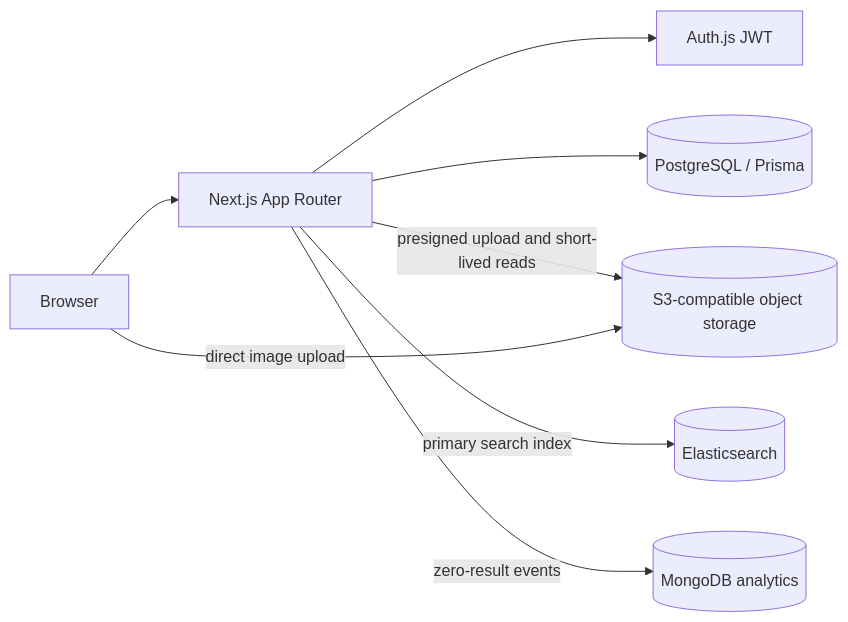
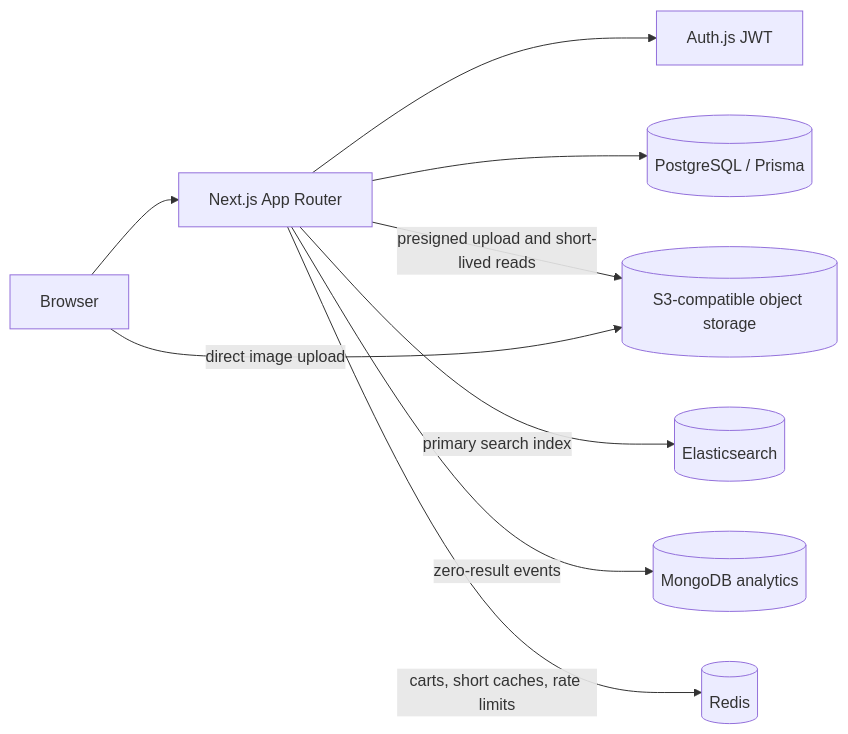
The diagram in README.md (Rounakraaj/nexvia-multivendor-marketplace), drawn with Mermaid before and after one commit. The commit also changed other lines of this file and 22 other files, not shown here.

Commit message:
feat: add Redis carts and checkout idempotency

````diff
--- a/README.md
+++ b/README.md
@@ -17,10 +18,11 @@
 ```mermaid
 flowchart LR
   Browser --> Next[Next.js App Router]
   Next --> Auth[Auth.js JWT]
   Next --> PG[(PostgreSQL / Prisma)]
   Next -->|presigned upload and short-lived reads| S3[(S3-compatible object storage)]
   Browser -->|direct image upload| S3
   Next -->|primary search index| ES[(Elasticsearch)]
   Next -->|zero-result events| Mongo[(MongoDB analytics)]
+  Next -->|carts, short caches, rate limits| Redis[(Redis)]
 ```
````
